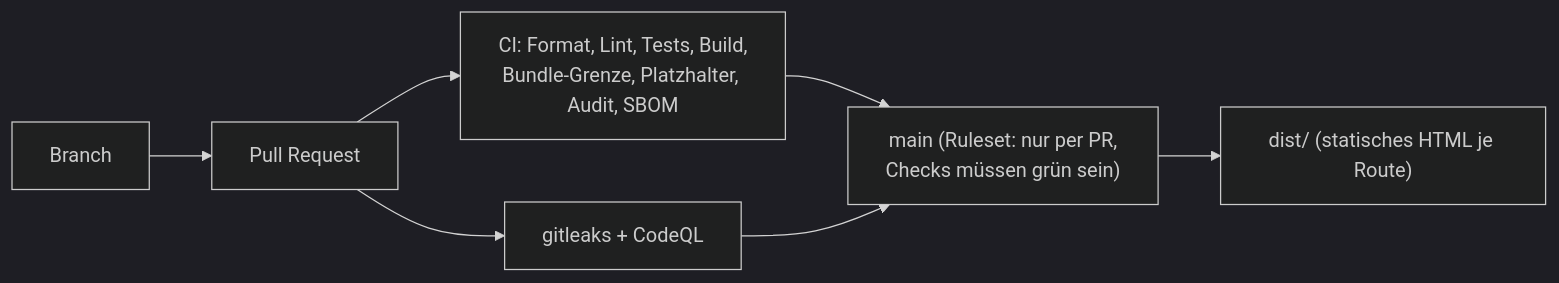
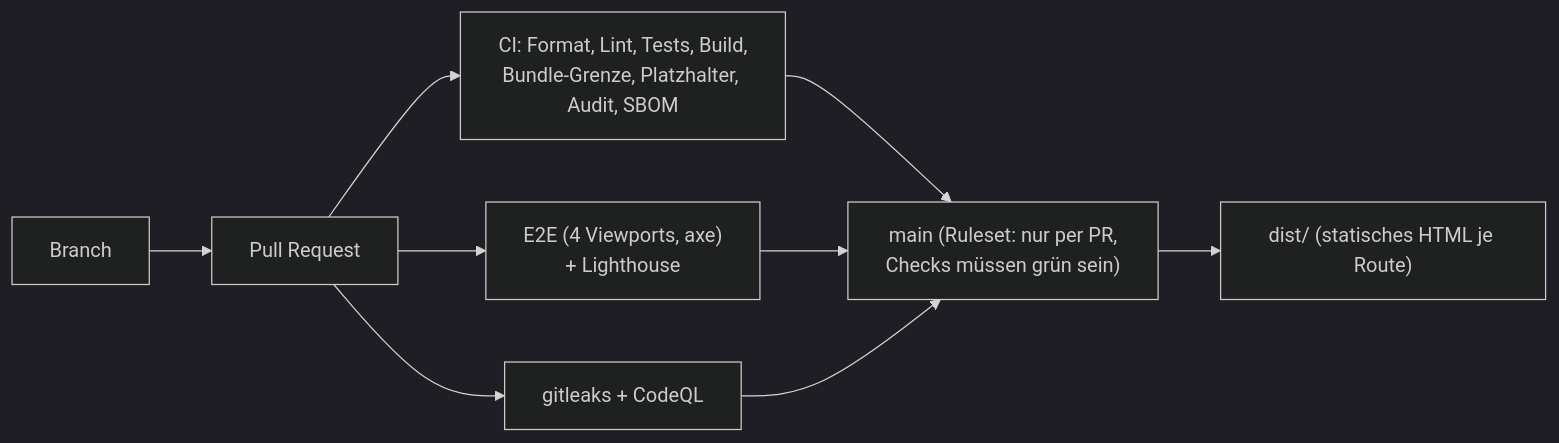
The diagram in README.md (PhilippKlinger/philippklinger.com), drawn with Mermaid (dark theme) before and after one commit. The commit also changed other lines of this file, not shown here.

````diff
--- a/README.md
+++ b/README.md
@@ -29,8 +29,9 @@
 ```mermaid
 flowchart LR
   Dev[Branch] --> PR[Pull Request]
   PR --> CI["CI: Format, Lint, Tests, Build,<br/>Bundle-Grenze, Platzhalter, Audit, SBOM"]
+  PR --> E2E["E2E (4 Viewports, axe)<br/>+ Lighthouse"]
   PR --> Sec["gitleaks + CodeQL"]
-  CI & Sec --> Main["main (Ruleset: nur per PR,<br/>Checks müssen grün sein)"]
+  CI & E2E & Sec --> Main["main (Ruleset: nur per PR,<br/>Checks müssen grün sein)"]
   Main --> Dist["dist/ (statisches HTML je Route)"]
 ```
````
